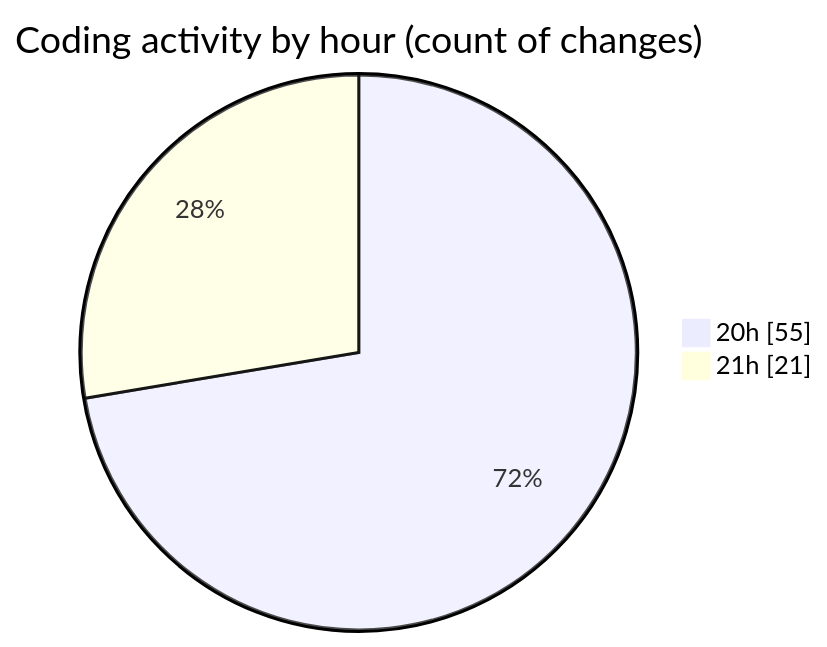
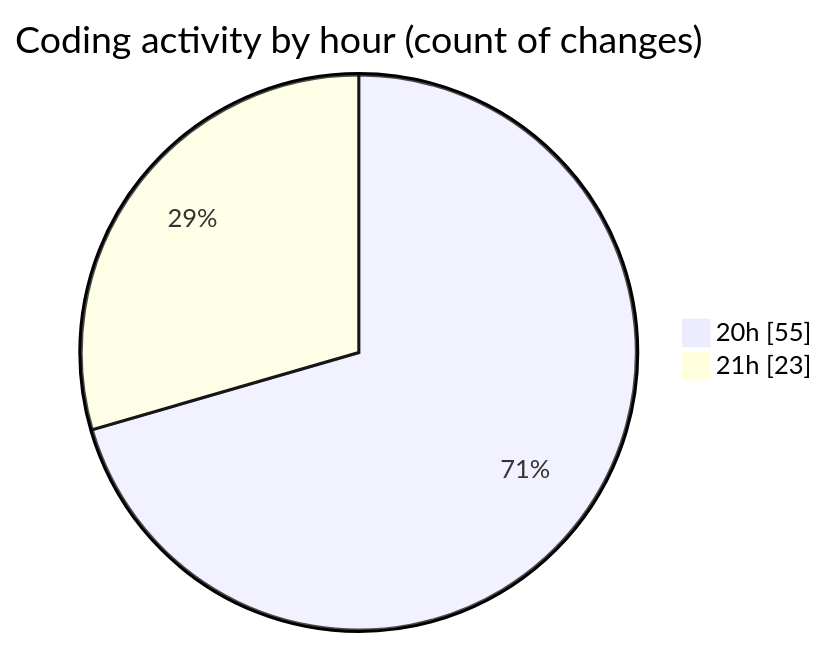
Before and after one commit to Netris89/code-tracking: the second of 2 diagrams in 2025-05-08/date/README.md, drawn with Mermaid. The commit also changed other lines of this file and 1 other file, not shown here.

````diff
--- a/2025-05-08/date/README.md
+++ b/2025-05-08/date/README.md
@@ -38,6 +38,6 @@
 ```mermaid
 pie showData
 title Coding activity by hour (count of changes)
 "20h" : 55
-"21h" : 21
+"21h" : 23
 ```
````
